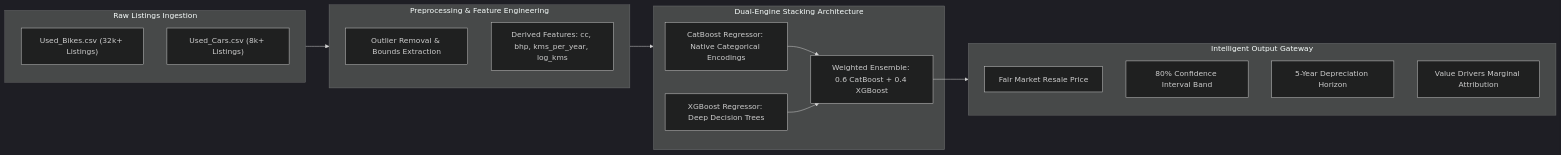
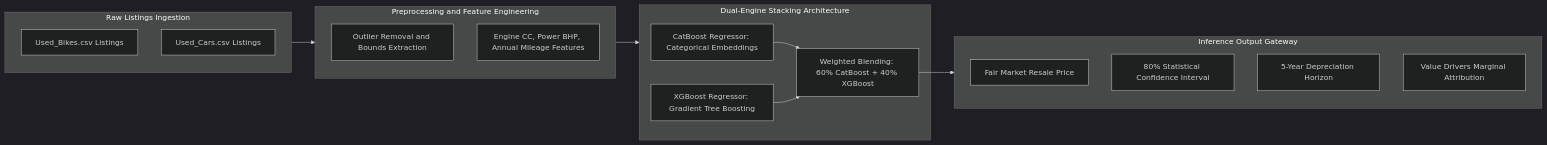
Before and after one commit to harshitthek/used-bike-price: the second of 3 diagrams in README.md, drawn with Mermaid (dark theme). The commit also changed other lines of this file, not shown here.

Commit message:
fix(docs): simplify and harden all Mermaid diagrams against GitHub dagre rendering bugs

````diff
--- a/README.md
+++ b/README.md
@@ -233,31 +233,31 @@
 ```mermaid
 graph LR
     subgraph InputData ["Raw Listings Ingestion"]
-        BikesCSV["Used_Bikes.csv (32k+ Listings)"]
-        CarsCSV["Used_Cars.csv (8k+ Listings)"]
+        BikesCSV["Used_Bikes.csv Listings"]
+        CarsCSV["Used_Cars.csv Listings"]
     end
 
-    subgraph FeaturePipeline ["Preprocessing & Feature Engineering"]
-        Clean["Outlier Removal & Bounds Extraction"]
-        FeatEng["Derived Features: cc, bhp, kms_per_year, log_kms"]
+    subgraph FeaturePipeline ["Preprocessing and Feature Engineering"]
+        Clean["Outlier Removal and Bounds Extraction"]
+        FeatEng["Engine CC, Power BHP, Annual Mileage Features"]
     end
 
     subgraph ModelEnsemble ["Dual-Engine Stacking Architecture"]
-        CatBoost["CatBoost Regressor: Native Categorical Encodings"]
-        XGBoost["XGBoost Regressor: Deep Decision Trees"]
-        Stacker["Weighted Ensemble: 0.6 CatBoost + 0.4 XGBoost"]
+        CatBoost["CatBoost Regressor: Categorical Embeddings"]
+        XGBoost["XGBoost Regressor: Gradient Tree Boosting"]
+        Stacker["Weighted Blending: 60% CatBoost + 40% XGBoost"]
     end
 
-    subgraph InferenceOutput ["Intelligent Output Gateway"]
+    subgraph InferenceOutput ["Inference Output Gateway"]
         Price["Fair Market Resale Price"]
-        Interval["80% Confidence Interval Band"]
+        Interval["80% Statistical Confidence Interval"]
         Forecast["5-Year Depreciation Horizon"]
         Waterfall["Value Drivers Marginal Attribution"]
     end
 
     InputData --> FeaturePipeline
     FeaturePipeline --> ModelEnsemble
     CatBoost --> Stacker
     XGBoost --> Stacker
     Stacker --> InferenceOutput
 ```
````
